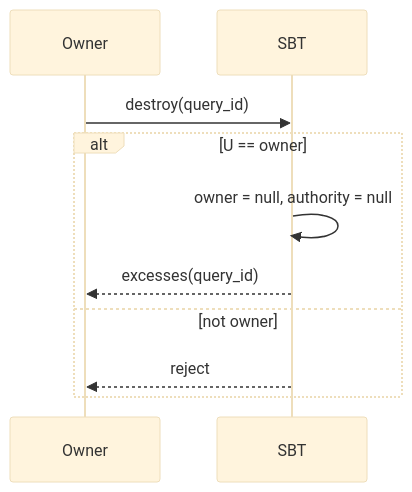
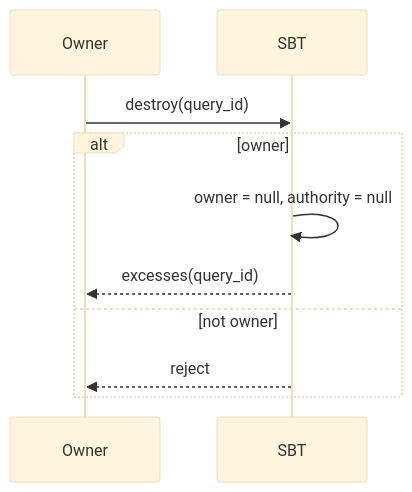
One commit to ton-org/docs changed the third of 4 diagrams in standard/tokens/sbt/how-it-works.mdx. Above: the diagram before and after it, drawn with Mermaid (base theme). The commit also changed other lines of this file, not shown here.

````diff
--- a/standard/tokens/sbt/how-it-works.mdx
+++ b/standard/tokens/sbt/how-it-works.mdx
@@ -144,13 +144,13 @@
 ```mermaid
 sequenceDiagram
   participant U as Owner
   participant S as SBT
 
   U->>S: destroy(query_id)
-  alt U == owner
+  alt owner
     S->>S: owner = null, authority = null
     S-->>U: excesses(query_id)
   else not owner
     S-->>U: reject
   end
 ```
````
